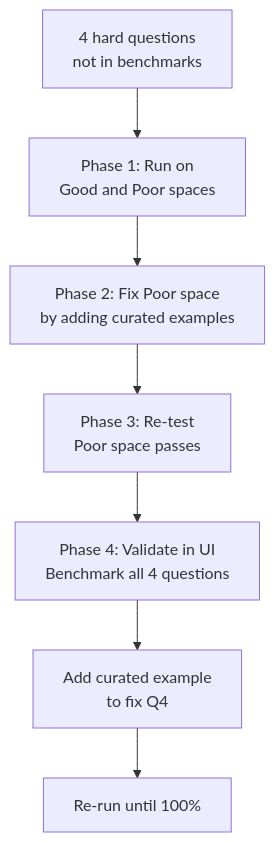
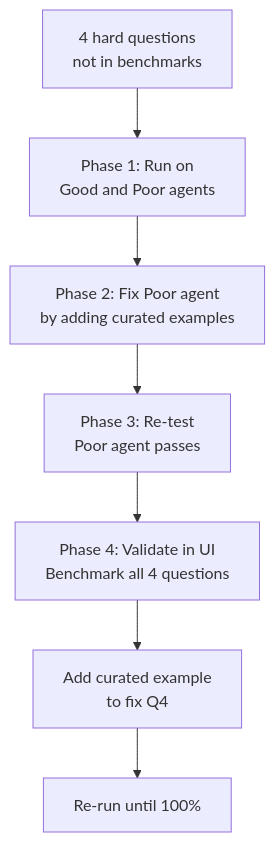
One commit to dariakrasavina/genie-spaces-workshop changed the third of 3 diagrams in README.md. Above: the diagram before and after it, drawn with Mermaid. The commit also changed other lines of this file and 18 other files, not shown here.

First line of the commit message:
Tier 1: Genie Spaces->Agents rename + audit fixes

````diff
--- a/README.md
+++ b/README.md
@@ -106,9 +105,9 @@
 ```mermaid
 flowchart TD
-    A1["4 hard questions\nnot in benchmarks"] --> A2["Phase 1: Run on\nGood and Poor spaces"]
-    A2 --> A3["Phase 2: Fix Poor space\nby adding curated examples"]
-    A3 --> A4["Phase 3: Re-test\nPoor space passes"]
+    A1["4 hard questions\nnot in benchmarks"] --> A2["Phase 1: Run on\nGood and Poor agents"]
+    A2 --> A3["Phase 2: Fix Poor agent\nby adding curated examples"]
+    A3 --> A4["Phase 3: Re-test\nPoor agent passes"]
     A4 --> A5["Phase 4: Validate in UI\nBenchmark all 4 questions"]
     A5 --> A6["Add curated example\nto fix Q4"]
     A6 --> A7["Re-run until 100%"]
 ```
````
